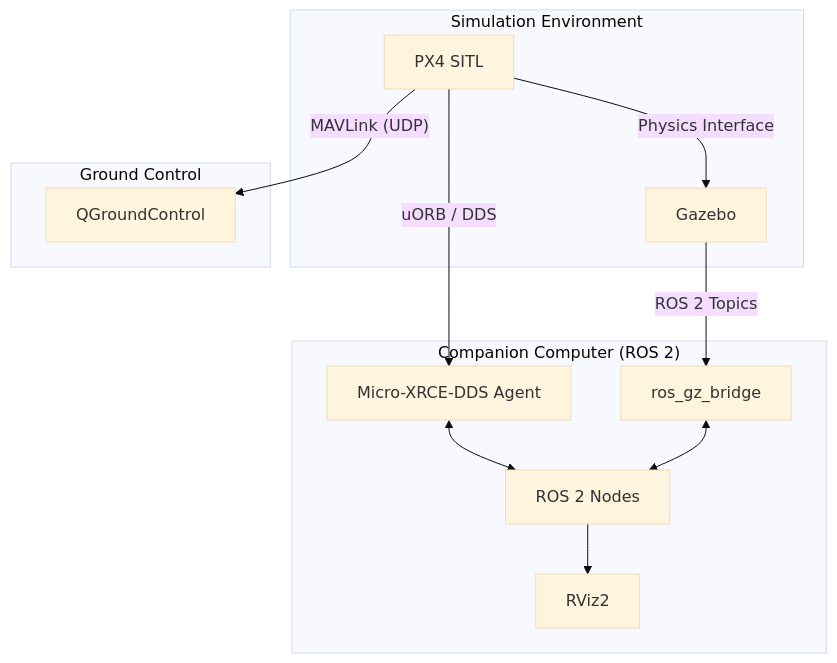
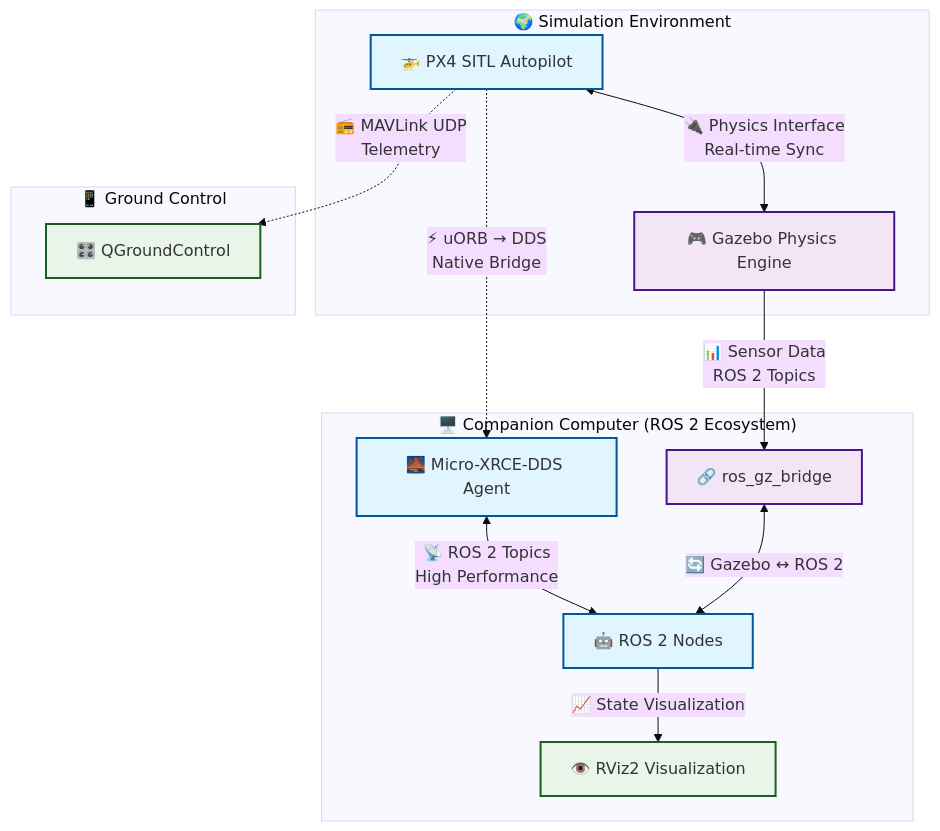
The first of 2 diagrams in README.md (asmbatati/uav_gz_sim), drawn with Mermaid (base theme) before and after one commit. The commit also changed other lines of this file and 2 other files, not shown here.

````diff
--- a/README.md
+++ b/README.md
@@ -269,27 +301,40 @@
 ```mermaid
 graph TD
-    subgraph "Companion Computer (ROS 2)"
-        C[ROS 2 Nodes]
-        B[Micro-XRCE-DDS Agent]
-        F[RViz2]
-        H[ros_gz_bridge]
+    subgraph "🖥️ Companion Computer (ROS 2 Ecosystem)"
+        C[🤖 ROS 2 Nodes]
+        B[🌉 Micro-XRCE-DDS Agent]
+        F[👁️ RViz2 Visualization]
+        H[🔗 ros_gz_bridge]
     end
 
-    subgraph "Simulation Environment"
-        A[PX4 SITL]
-        D[Gazebo]
+    subgraph "🌍 Simulation Environment"
+        A[🚁 PX4 SITL Autopilot]
+        D[🎮 Gazebo Physics Engine]
     end
 
-    subgraph "Ground Control"
-        E[QGroundControl]
+    subgraph "📱 Ground Control"
+        E[🎛️ QGroundControl]
     end
 
-    %% Connections for Architecture 1
-    A -- "uORB / DDS" --> B
-    B <--> C
-    A -- "Physics Interface" --> D
-    D -- "ROS 2 Topics" --> H
-    H <--> C
-    C --> F
-    A -- "MAVLink (UDP)" --> E
+    %% Primary Data Flow (uXRCE-DDS)
+    A -.->|"⚡ uORB → DDS<br/>Native Bridge"| B
+    B <-->|"📡 ROS 2 Topics<br/>High Performance"| C
+    
+    %% Simulation Integration
+    A <-->|"🔌 Physics Interface<br/>Real-time Sync"| D
+    D -->|"📊 Sensor Data<br/>ROS 2 Topics"| H
+    H <-->|"🔄 Gazebo ↔ ROS 2"| C
+    
+    %% Visualization & Monitoring
+    C -->|"📈 State Visualization"| F
+    A -.->|"📻 MAVLink UDP<br/>Telemetry"| E
+
+    %% Styling
+    classDef primary fill:#e1f5fe,stroke:#01579b,stroke-width:2px
+    classDef simulation fill:#f3e5f5,stroke:#4a148c,stroke-width:2px
+    classDef ground fill:#e8f5e8,stroke:#1b5e20,stroke-width:2px
+    
+    class A,B,C primary
+    class D,H simulation
+    class E,F ground
 ```
````
